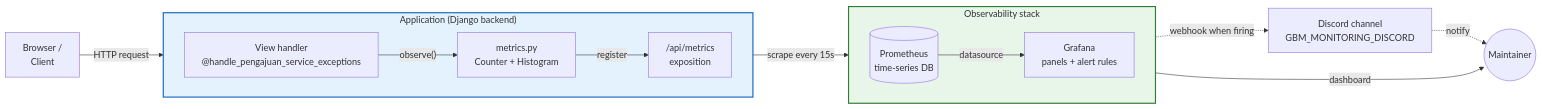
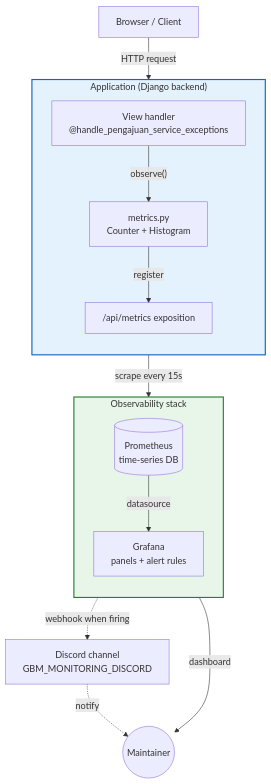
Before and after one commit to HusinHakim/blog-husin: the diagram in content/post/monitoring-pengajuan-prometheus.md, drawn with Mermaid. The commit also changed 2 other files, not shown here.

Commit message:
Flip monitoring diagram to top-down layout so it fits the post column

```diff
--- a/content/post/monitoring-pengajuan-prometheus.md
+++ b/content/post/monitoring-pengajuan-prometheus.md
@@ -16,32 +16,32 @@
 {{< mermaid >}}
-flowchart LR
-    Client["Browser /<br/>Client"]
-    Maintainer((Maintainer))
+flowchart TB
+    Client["Browser / Client"]
 
     subgraph App["Application (Django backend)"]
-        direction LR
+        direction TB
         Django["View handler<br/>@handle_pengajuan_service_exceptions"]
         Metrics["metrics.py<br/>Counter + Histogram"]
-        Endpoint["/api/metrics<br/>exposition"]
+        Endpoint["/api/metrics exposition"]
+        Django -- "observe()" --> Metrics
+        Metrics -- "register" --> Endpoint
     end
 
     subgraph Stack["Observability stack"]
-        direction LR
+        direction TB
         Prom[("Prometheus<br/>time-series DB")]
         Grafana["Grafana<br/>panels + alert rules"]
+        Prom -- "datasource" --> Grafana
     end
 
     Discord["Discord channel<br/>GBM_MONITORING_DISCORD"]
+    Maintainer((Maintainer))
 
     Client -- "HTTP request" --> Django
-    Django -- "observe()" --> Metrics
-    Metrics -- "register" --> Endpoint
     Endpoint -- "scrape every 15s" --> Prom
-    Prom -- "datasource" --> Grafana
     Grafana -- "dashboard" --> Maintainer
     Grafana -. "webhook when firing" .-> Discord
     Discord -. "notify" .-> Maintainer
 
     style App fill:#e3f2fd,stroke:#1565c0,stroke-width:2px
     style Stack fill:#e8f5e9,stroke:#2e7d32,stroke-width:2px
 {{< /mermaid >}}
```
